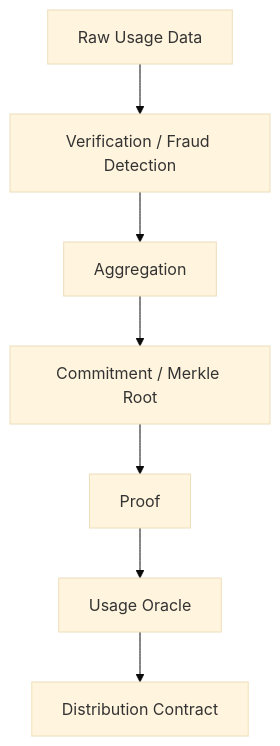
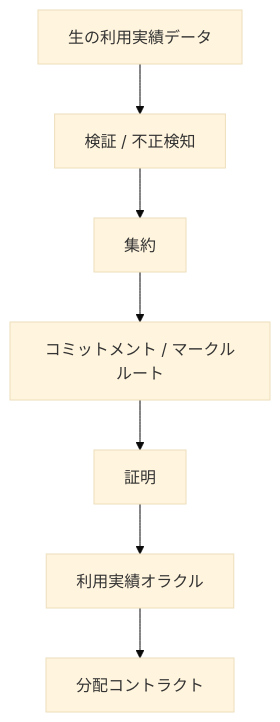
Before and after one commit to ShigeichiroYamasaki/creator-first-platform: diagram 12 of 27 in docs/whitepaper/04-platform-architecture.md, drawn with Mermaid (base theme). The commit also changed other lines of this file and 72 other files, not shown here.

````diff
--- a/docs/whitepaper/04-platform-architecture.md
+++ b/docs/whitepaper/04-platform-architecture.md
@@ -432,10 +432,10 @@
 ```mermaid
 flowchart TD
-    RAW[Raw Usage Data]
-    RAW --> VERIFY[Verification / Fraud Detection]
-    VERIFY --> AGG[Aggregation]
-    AGG --> COMMIT[Commitment / Merkle Root]
-    COMMIT --> PROOF[Proof]
-    PROOF --> ORACLE[Usage Oracle]
-    ORACLE --> SC[Distribution Contract]
+    RAW[生の利用実績データ]
+    RAW --> VERIFY[検証 / 不正検知]
+    VERIFY --> AGG[集約]
+    AGG --> COMMIT[コミットメント / マークルルート]
+    COMMIT --> PROOF[証明]
+    PROOF --> ORACLE[利用実績オラクル]
+    ORACLE --> SC[分配コントラクト]
 ```
````
